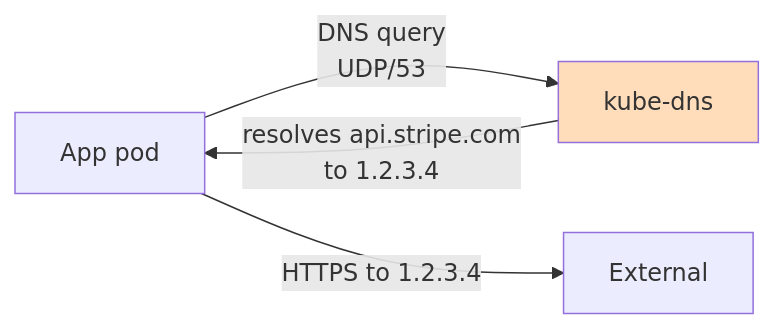
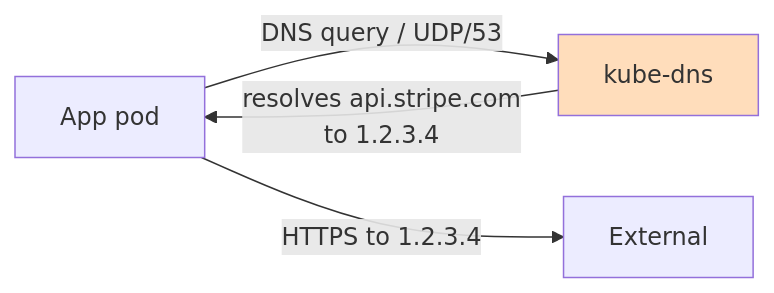
One commit to srinivaskona7/devops-learning changed the fourth of 4 diagrams in 06-security/03-network-policies/deep-dive-cni-enforcement.md. Above: the diagram before and after it, drawn with Mermaid. The commit also changed other lines of this file and 220 other files, not shown here.

````diff
--- a/06-security/03-network-policies/deep-dive-cni-enforcement.md
+++ b/06-security/03-network-policies/deep-dive-cni-enforcement.md
@@ -190,7 +190,7 @@
 ```mermaid
 flowchart LR
-    A[App pod] -->|DNS query<br/>UDP/53| B[kube-dns]
+    A[App pod] -->|DNS query / UDP/53| B[kube-dns]
     B -->|resolves api.stripe.com<br/>to 1.2.3.4| A
     A -->|HTTPS to 1.2.3.4| C[External]
     style B fill:#fdb
 ```
````
